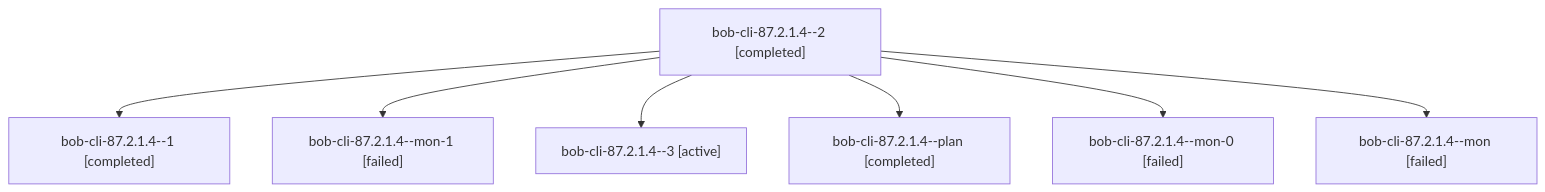
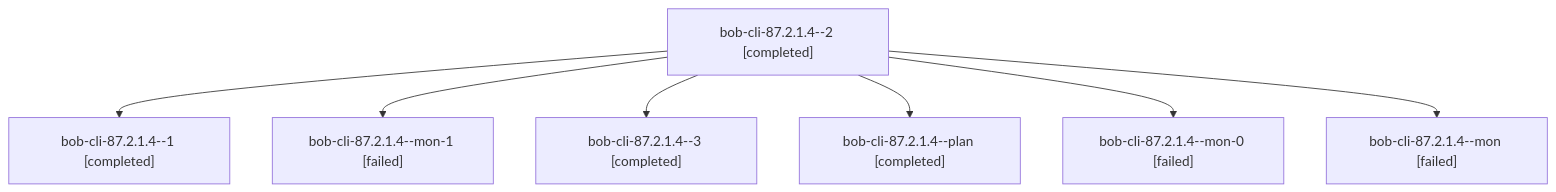
The diagram in sessions/bbugyi200.athena.bob-cli-87.2.1.4.md (bobs-org/bob-cli--agents), drawn with Mermaid before and after one commit. The commit also changed other lines of this file and 98 other files, not shown here.

````diff
--- a/sessions/bbugyi200.athena.bob-cli-87.2.1.4.md
+++ b/sessions/bbugyi200.athena.bob-cli-87.2.1.4.md
@@ -9,16 +9,16 @@
 ```mermaid
 flowchart TD
   n0["bob-cli-87.2.1.4--2 [completed]"]
   n1["bob-cli-87.2.1.4--1 [completed]"]
   n0 --> n1
   n2["bob-cli-87.2.1.4--mon-1 [failed]"]
   n0 --> n2
-  n3["bob-cli-87.2.1.4--3 [active]"]
+  n3["bob-cli-87.2.1.4--3 [completed]"]
   n0 --> n3
   n4["bob-cli-87.2.1.4--plan [completed]"]
   n0 --> n4
   n5["bob-cli-87.2.1.4--mon-0 [failed]"]
   n0 --> n5
   n6["bob-cli-87.2.1.4--mon [failed]"]
   n0 --> n6
 ```
````
